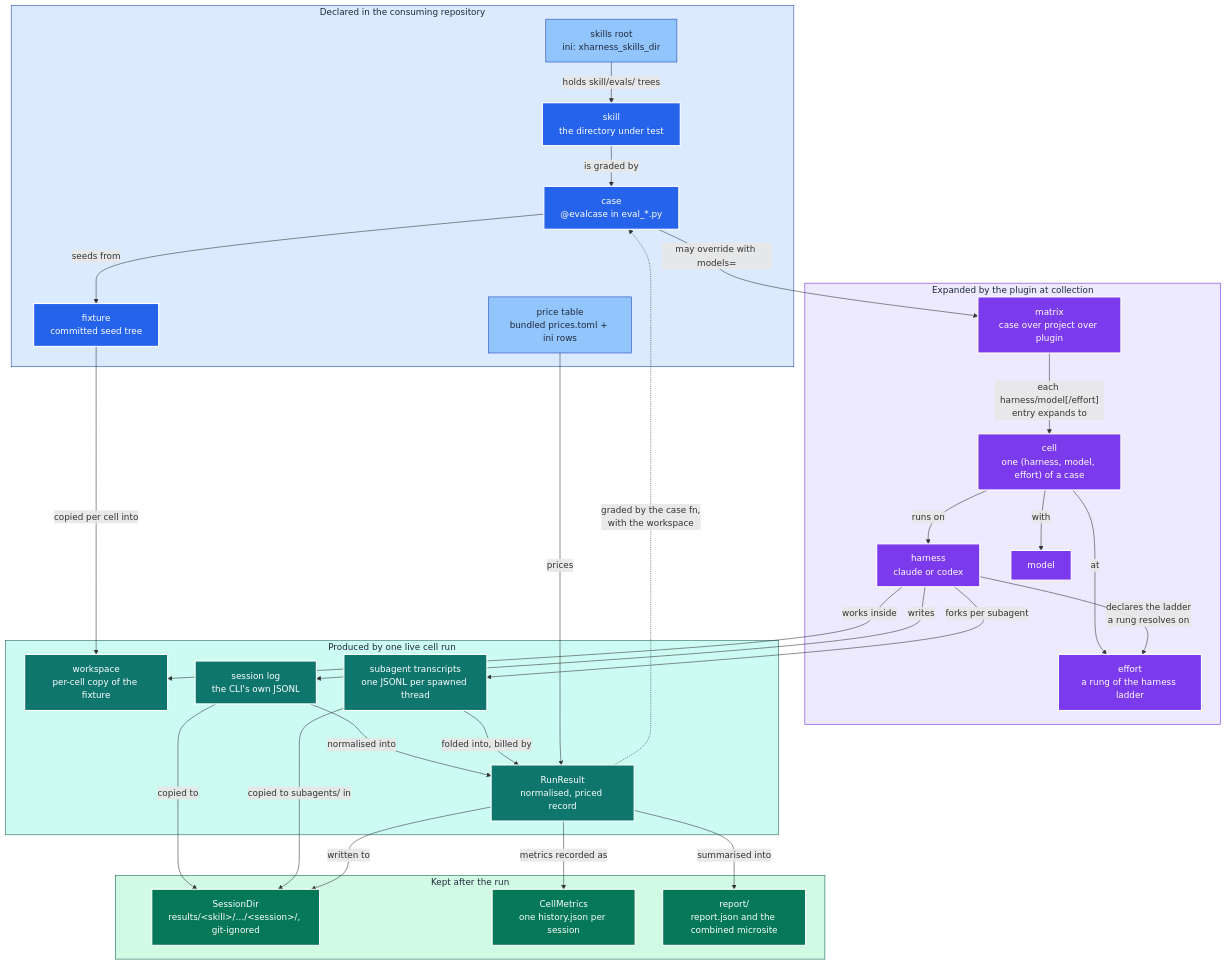
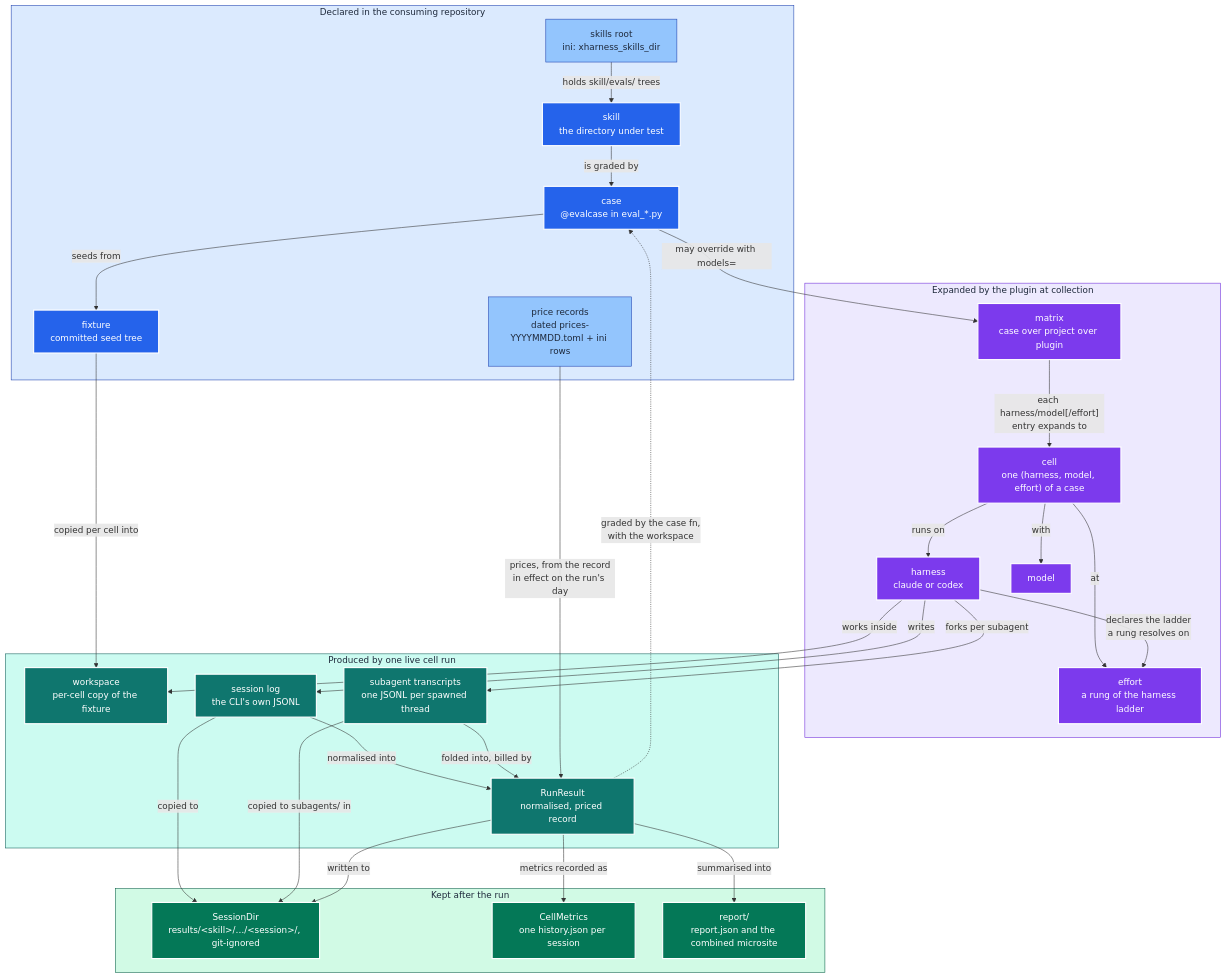
Before and after one commit to neozenith/pytest-xharness-eval: the diagram in GLOSSARY.md, drawn with Mermaid. The commit also changed other lines of this file and 47 other files, not shown here.

First line of the commit message:
Prices are dated records in USD per MTok, grouped by harness; bundle Claude Sonnet 5.5 (#9)

````diff
--- a/GLOSSARY.md
+++ b/GLOSSARY.md
@@ -74,68 +77,68 @@
 ```mermaid
 flowchart TB
     subgraph declared["Declared in the consuming repository"]
         ROOT["skills root<br/>ini: xharness_skills_dir"]:::cfg
         SKILL["skill<br/>the directory under test"]:::declare
         CASE["case<br/>@evalcase in eval_*.py"]:::declare
         FIX["fixture<br/>committed seed tree"]:::declare
-        PRICES["price table<br/>bundled prices.toml + ini rows"]:::cfg
+        PRICES["price records<br/>dated prices-YYYYMMDD.toml + ini rows"]:::cfg
     end
 
     subgraph expanded["Expanded by the plugin at collection"]
         MATRIX["matrix<br/>case over project over plugin"]:::plan
         CELL["cell<br/>one (harness, model, effort) of a case"]:::plan
         HARNESS["harness<br/>claude or codex"]:::plan
         MODEL["model"]:::plan
         EFFORT["effort<br/>a rung of the harness ladder"]:::plan
     end
 
     subgraph produced["Produced by one live cell run"]
         WS["workspace<br/>per-cell copy of the fixture"]:::data
         LOG["session log<br/>the CLI's own JSONL"]:::data
         SUB["subagent transcripts<br/>one JSONL per spawned thread"]:::data
         RR["RunResult<br/>normalised, priced record"]:::data
     end
 
     subgraph kept["Kept after the run"]
         CAP["SessionDir<br/>results/&lt;skill&gt;/…/&lt;session&gt;/, git-ignored"]:::out
         HIST["CellMetrics<br/>one history.json per session"]:::out
         REP["report/<br/>report.json and the combined microsite"]:::out
     end
 
     ROOT -->|"holds skill/evals/ trees"| SKILL
     SKILL -->|"is graded by"| CASE
     CASE -->|"seeds from"| FIX
     CASE -->|"may override with models="| MATRIX
     MATRIX -->|"each harness/model[/effort]<br/>entry expands to"| CELL
     CELL -->|"runs on"| HARNESS
     CELL -->|"with"| MODEL
     CELL -->|"at"| EFFORT
     HARNESS -->|"declares the ladder<br/>a rung resolves on"| EFFORT
     FIX -->|"copied per cell into"| WS
     HARNESS -->|"works inside"| WS
     HARNESS -->|"writes"| LOG
     HARNESS -->|"forks per subagent"| SUB
     LOG -->|"normalised into"| RR
     SUB -->|"folded into, billed by"| RR
-    PRICES -->|"prices"| RR
+    PRICES -->|"prices, from the record<br/>in effect on the run's day"| RR
     RR -.->|"graded by the case fn,<br/>with the workspace"| CASE
     LOG -->|"copied to"| CAP
     SUB -->|"copied to subagents/ in"| CAP
     RR -->|"written to"| CAP
     RR -->|"metrics recorded as"| HIST
     RR -->|"summarised into"| REP
 
     classDef declare fill:#2563eb,stroke:#fff,color:#fff,stroke-width:2px
     classDef cfg     fill:#93c5fd,stroke:#1e40af,color:#1e293b,stroke-width:1px
     classDef plan    fill:#7c3aed,stroke:#fff,color:#fff,stroke-width:2px
     classDef data    fill:#0f766e,stroke:#fff,color:#fff,stroke-width:2px
     classDef out     fill:#047857,stroke:#fff,color:#fff,stroke-width:2px
     classDef sgDeclare  fill:#dbeafe,stroke:#1e40af,color:#1e293b
     classDef sgExpand   fill:#ede9fe,stroke:#6d28d9,color:#1e293b
     classDef sgProduced fill:#ccfbf1,stroke:#115e59,color:#1e293b
     classDef sgKept     fill:#d1fae5,stroke:#065f46,color:#1e293b
     class declared sgDeclare
     class expanded sgExpand
     class produced sgProduced
     class kept sgKept
 ```
````
